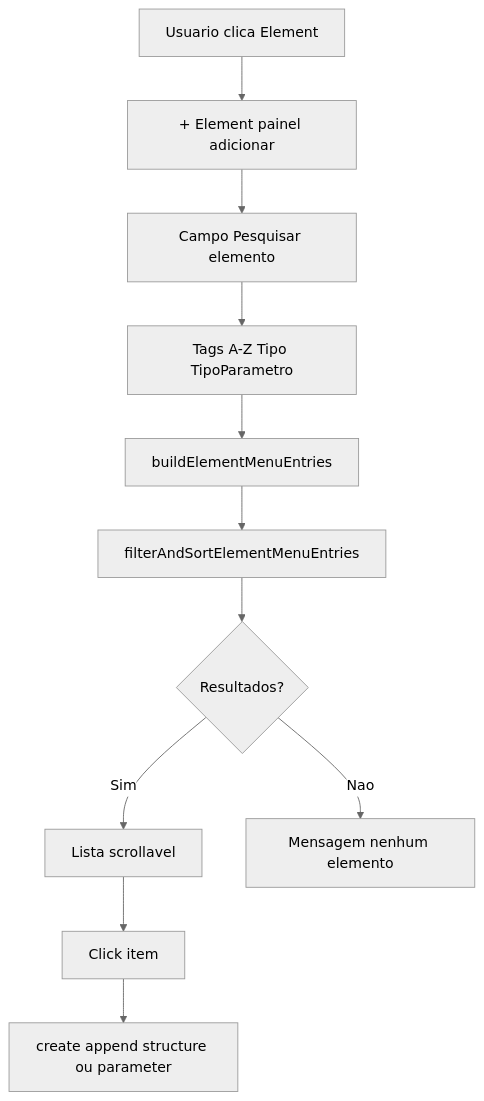
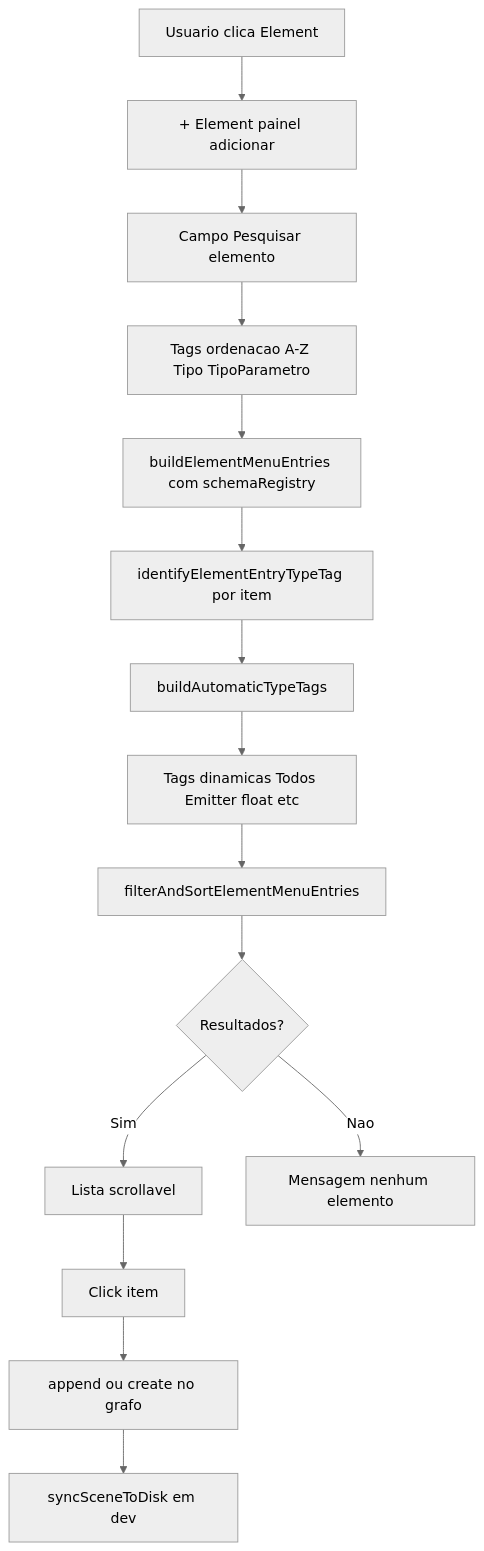
The first of 2 diagrams in feature_md/feature-element-menu-search.md (JunioCesar96/Node-Graphs-League-of-Legends), drawn with Mermaid (neutral theme) before and after one commit. The commit also changed other lines of this file and 1 other file, not shown here.

Commit message:
docs: actualizar feature-element-menu-search com tags automaticas e merge collection linking

````diff
--- a/feature_md/feature-element-menu-search.md
+++ b/feature_md/feature-element-menu-search.md
@@ -31,13 +33,17 @@
 ```mermaid
 graph TD
   A[Usuario clica Element] --> B[+ Element painel adicionar]
   B --> C[Campo Pesquisar elemento]
-  C --> D[Tags A-Z Tipo TipoParametro]
-  D --> E[buildElementMenuEntries]
-  E --> F[filterAndSortElementMenuEntries]
-  F --> G{Resultados?}
-  G -- Sim --> H[Lista scrollavel]
-  G -- Nao --> I[Mensagem nenhum elemento]
-  H --> J[Click item]
-  J --> K[create append structure ou parameter]
+  C --> D[Tags ordenacao A-Z Tipo TipoParametro]
+  D --> E[buildElementMenuEntries com schemaRegistry]
+  E --> F[identifyElementEntryTypeTag por item]
+  F --> G[buildAutomaticTypeTags]
+  G --> H[Tags dinamicas Todos Emitter float etc]
+  H --> I[filterAndSortElementMenuEntries]
+  I --> J{Resultados?}
+  J -- Sim --> K[Lista scrollavel]
+  J -- Nao --> L[Mensagem nenhum elemento]
+  K --> M[Click item]
+  M --> N[append ou create no grafo]
+  N --> O[syncSceneToDisk em dev]
 ```
````
